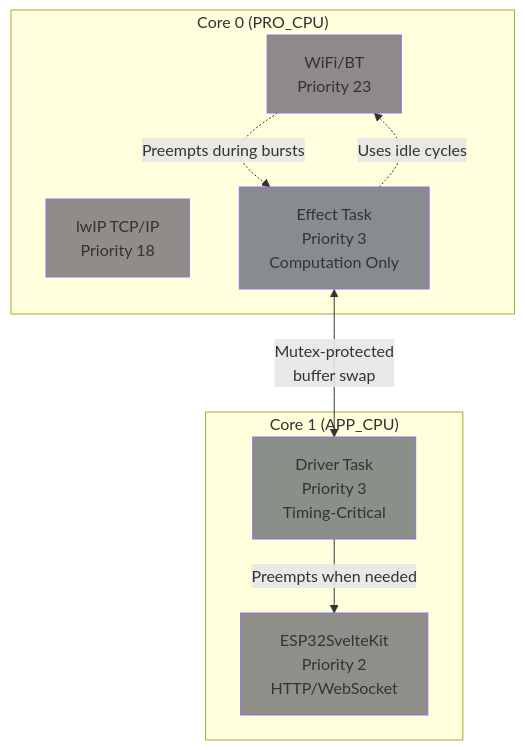
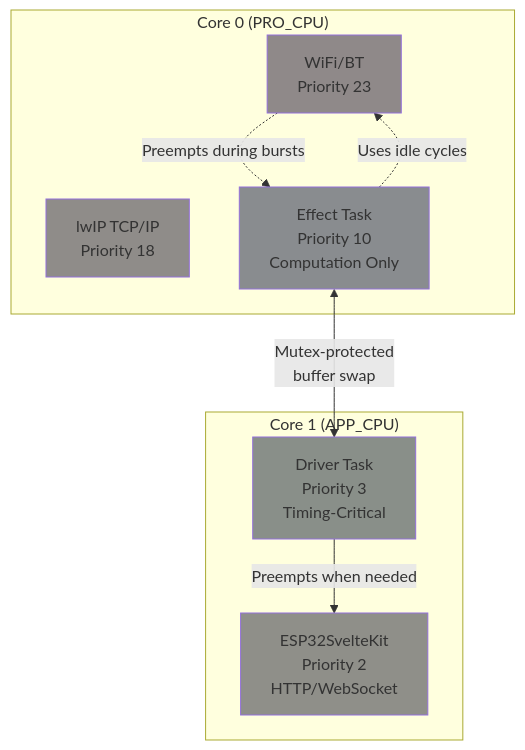
One commit to troyhacks/MoonLight changed the second of 5 diagrams in docs/develop/architecture.md. Above: the diagram before and after it, drawn with Mermaid. The commit also changed other lines of this file and 1 other file, not shown here.

Commit message:
changes in architecture and main simplify double buffering

````diff
--- a/docs/develop/architecture.md
+++ b/docs/develop/architecture.md
@@ -76,25 +76,25 @@
 ```mermaid
 graph TB
     subgraph Core0["Core 0 (PRO_CPU)"]
         WiFi[WiFi/BT<br/>Priority 23]
         lwIP[lwIP TCP/IP<br/>Priority 18]
-        Effect[Effect Task<br/>Priority 3<br/>Computation Only]
+        Effect[Effect Task<br/>Priority 10<br/>Computation Only]
     end
     
     subgraph Core1["Core 1 (APP_CPU)"]
         Driver[Driver Task<br/>Priority 3<br/>Timing-Critical]
         SvelteKit[ESP32SvelteKit<br/>Priority 2<br/>HTTP/WebSocket]
     end
     
     WiFi -.->|Preempts during bursts| Effect
     Effect -.->|Uses idle cycles| WiFi
     Driver -->|Preempts when needed| SvelteKit
     
     Effect <-->|Mutex-protected<br/>buffer swap| Driver
     
     style WiFi fill:#8f8989
     style lwIP fill:#8f8c89
     style Effect fill:#898c8f
     style Driver fill:#898f89
     style SvelteKit fill:#8f8f89
 ```
````
